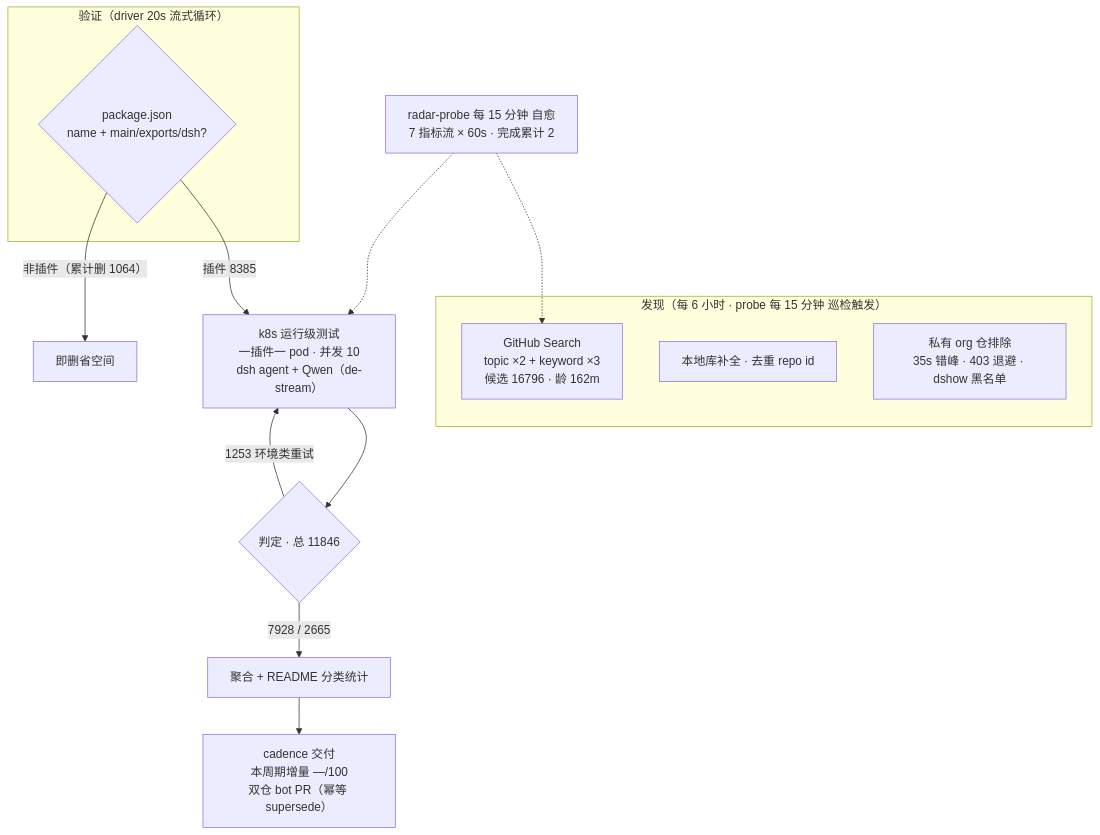
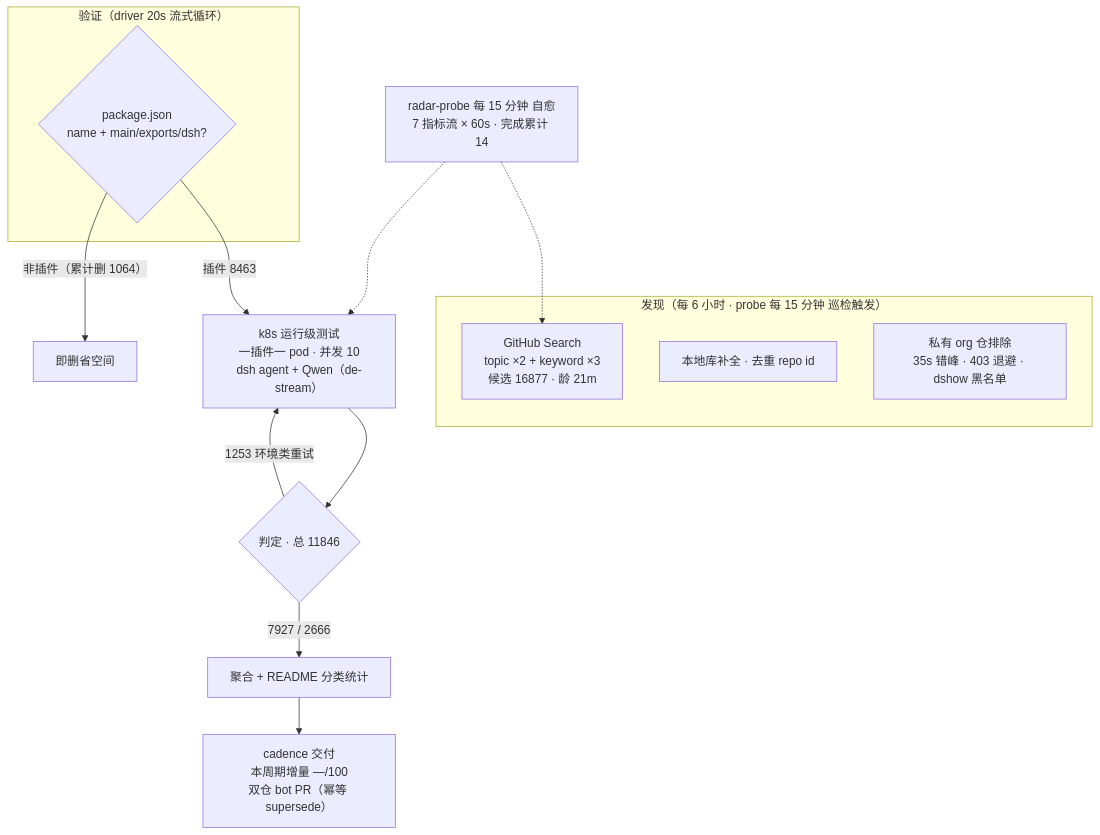
The diagram in README.md (Zhidao-Lab-OSS/awesome-dsh-plugins), drawn with Mermaid before and after one commit. The commit also changed other lines of this file and 1 other file, not shown here.

````diff
--- a/README.md
+++ b/README.md
@@ -52,20 +52,20 @@
 ```mermaid
 flowchart TB
     subgraph Discovery["发现（每 6 小时 · probe 每 15 分钟 巡检触发）"]
-        A1["GitHub Search<br/>topic ×2 + keyword ×3<br/>候选 16796 · 龄 162m"]
+        A1["GitHub Search<br/>topic ×2 + keyword ×3<br/>候选 16877 · 龄 21m"]
         A2["本地库补全 · 去重 repo id"]
         A3["私有 org 仓排除<br/>35s 错峰 · 403 退避 · dshow 黑名单"]
     end
     subgraph Validation["验证（driver 20s 流式循环）"]
         B1{"package.json<br/>name + main/exports/dsh?"}
     end
-    B1 -->|"插件 8385"| C1["k8s 运行级测试<br/>一插件一 pod · 并发 10<br/>dsh agent + Qwen（de-stream）"]
+    B1 -->|"插件 8463"| C1["k8s 运行级测试<br/>一插件一 pod · 并发 10<br/>dsh agent + Qwen（de-stream）"]
     B1 -->|"非插件（累计删 1064）"| B3["即删省空间"]
     C1 --> D1{"判定 · 总 11846"}
-    D1 -->|"7928 / 2665"| E1["聚合 + README 分类统计"]
+    D1 -->|"7927 / 2666"| E1["聚合 + README 分类统计"]
     D1 -->|"1253 环境类重试"| C1
     E1 --> E2["cadence 交付<br/>本周期增量 —/100<br/>双仓 bot PR（幂等 supersede）"]
-    M["radar-probe 每 15 分钟 自愈<br/>7 指标流 × 60s · 完成累计 2"]
+    M["radar-probe 每 15 分钟 自愈<br/>7 指标流 × 60s · 完成累计 14"]
     M -.-> A1
     M -.-> C1
 ```
````
